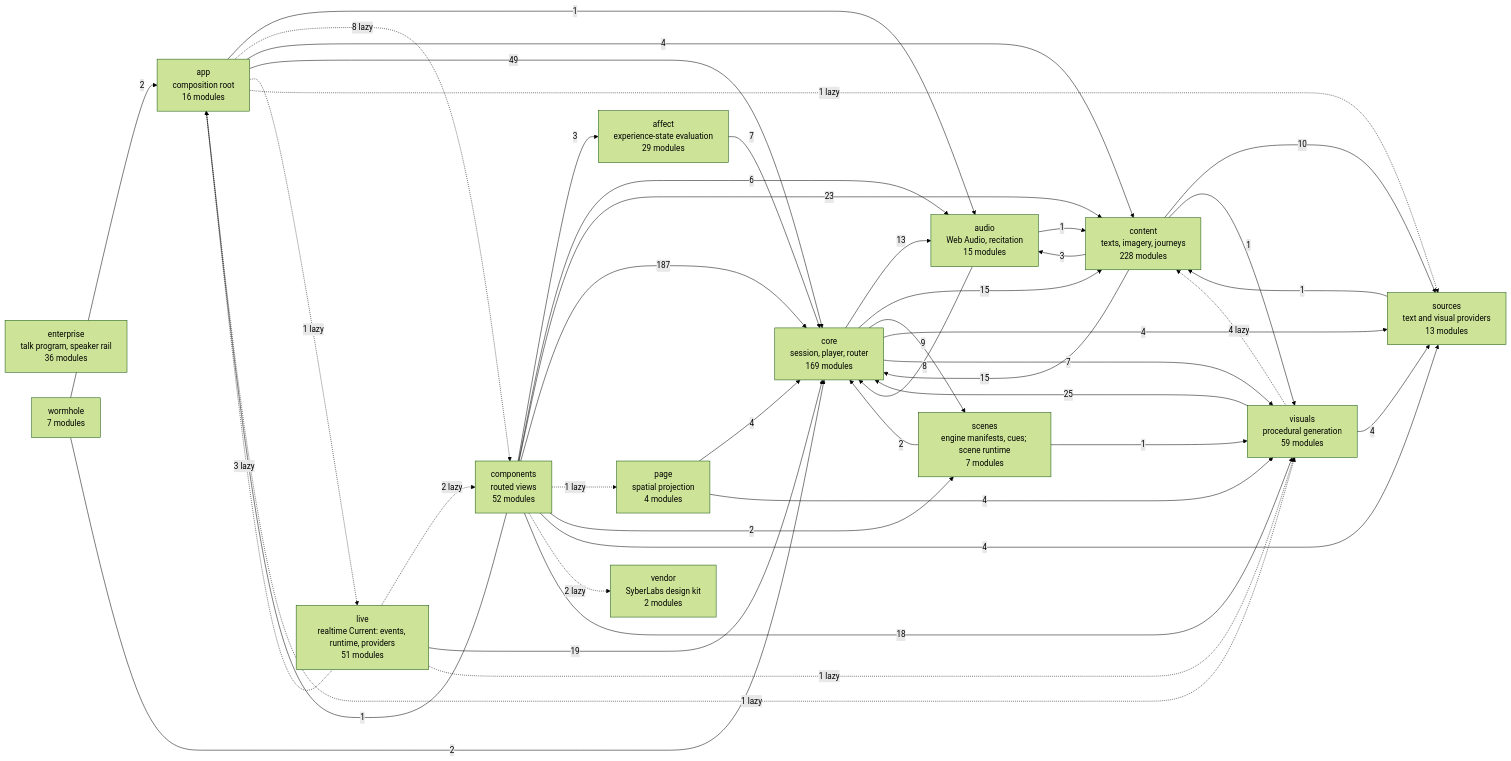
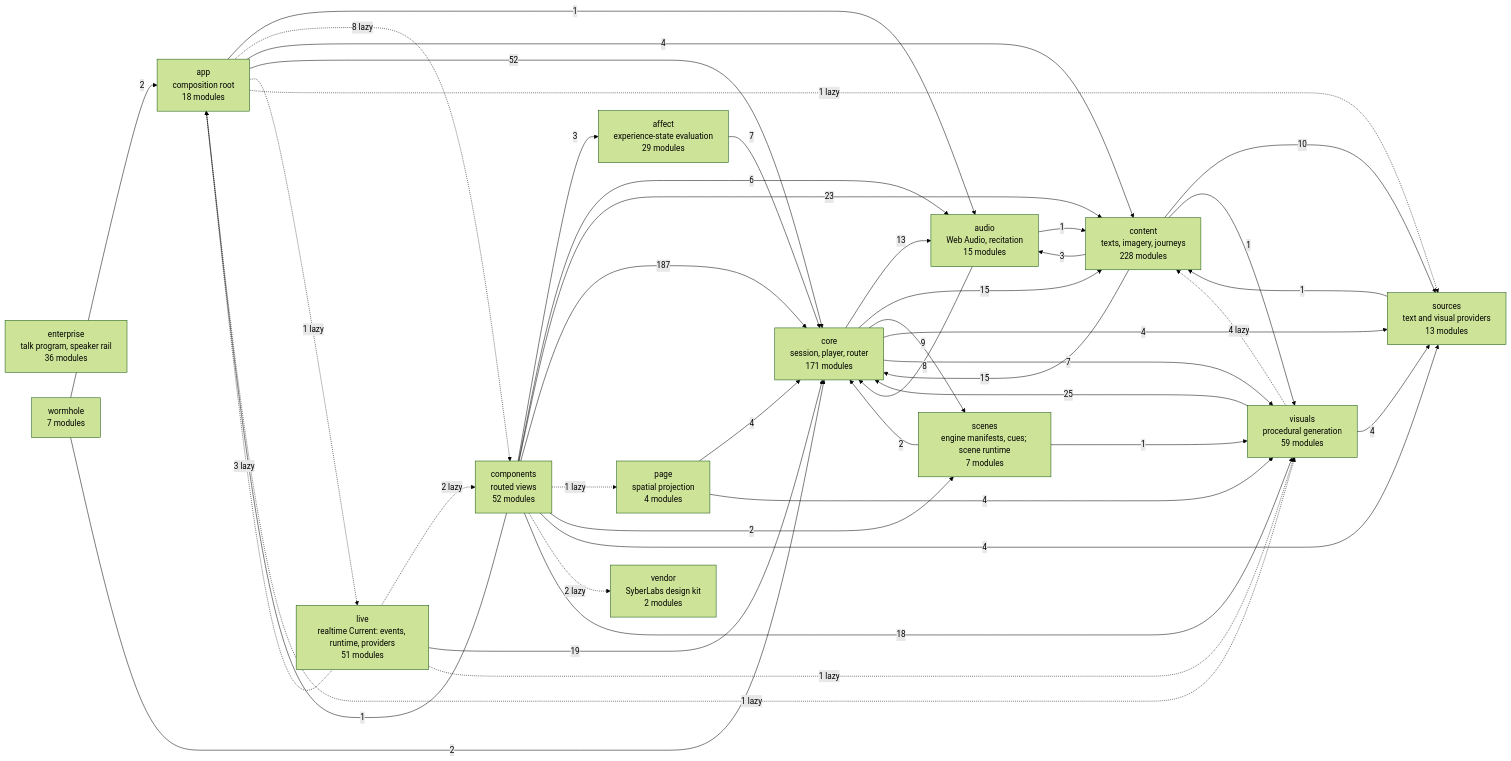
The diagram in docs/specs/ARCHITECTURE.md (SyberLabs/RISE), drawn with Mermaid (forest theme) before and after one commit. The commit also changed 2 other files, not shown here.

Commit message:
Codex: lock account selections and refresh tracked import graph

````diff
--- a/docs/specs/ARCHITECTURE.md
+++ b/docs/specs/ARCHITECTURE.md
@@ -161,61 +161,61 @@
 ```mermaid
 flowchart LR
     affect["affect<br/>experience-state evaluation<br/>29 modules"]
-    app["app<br/>composition root<br/>16 modules"]
+    app["app<br/>composition root<br/>18 modules"]
     audio["audio<br/>Web Audio, recitation<br/>15 modules"]
     components["components<br/>routed views<br/>52 modules"]
     content["content<br/>texts, imagery, journeys<br/>228 modules"]
-    core["core<br/>session, player, router<br/>169 modules"]
+    core["core<br/>session, player, router<br/>171 modules"]
     enterprise["enterprise<br/>talk program, speaker rail<br/>36 modules"]
     live["live<br/>realtime Current: events, runtime, providers<br/>51 modules"]
     page["page<br/>spatial projection<br/>4 modules"]
     scenes["scenes<br/>engine manifests, cues; scene runtime<br/>7 modules"]
     sources["sources<br/>text and visual providers<br/>13 modules"]
     vendor["vendor<br/>SyberLabs design kit<br/>2 modules"]
     visuals["visuals<br/>procedural generation<br/>59 modules"]
     wormhole["wormhole<br/>7 modules"]
 
     affect --> |7| core
     app --> |1| audio
     app -.-> |8 lazy| components
     app --> |4| content
-    app --> |49| core
+    app --> |52| core
     app -.-> |1 lazy| live
     app -.-> |1 lazy| sources
     app -.-> |1 lazy| visuals
     audio --> |1| content
     audio --> |8| core
     components --> |3| affect
     components --> |1| app
     components --> |6| audio
     components --> |23| content
     components --> |187| core
     components -.-> |1 lazy| page
     components --> |2| scenes
     components --> |4| sources
     components -.-> |2 lazy| vendor
     components --> |18| visuals
     content --> |3| audio
     content --> |15| core
     content --> |10| sources
     content --> |1| visuals
     core --> |13| audio
     core --> |15| content
     core --> |9| scenes
     core --> |4| sources
     core --> |7| visuals
     live -.-> |3 lazy| app
     live -.-> |2 lazy| components
     live --> |19| core
     live -.-> |1 lazy| visuals
     page --> |4| core
     page --> |4| visuals
     scenes --> |2| core
     scenes --> |1| visuals
     sources --> |1| content
     visuals -.-> |4 lazy| content
     visuals --> |25| core
     visuals --> |4| sources
     wormhole --> |2| app
     wormhole --> |2| core
 ```
````
